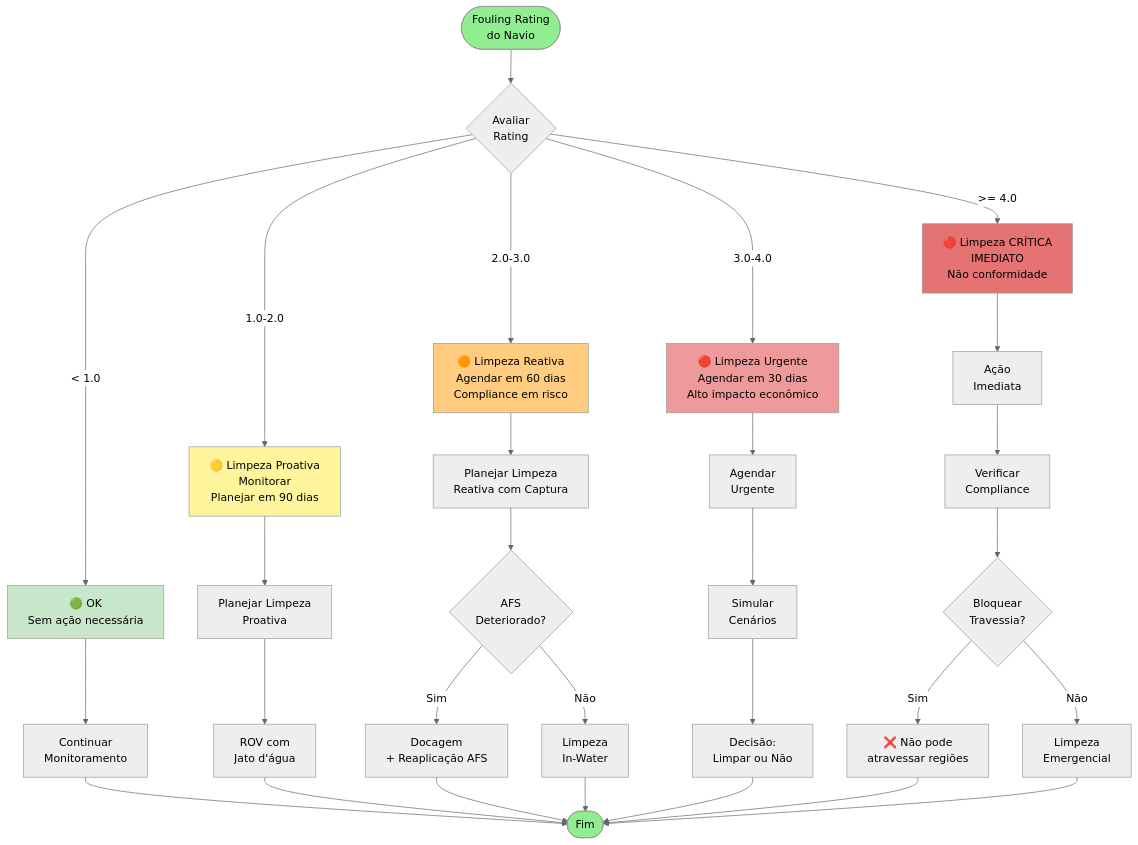
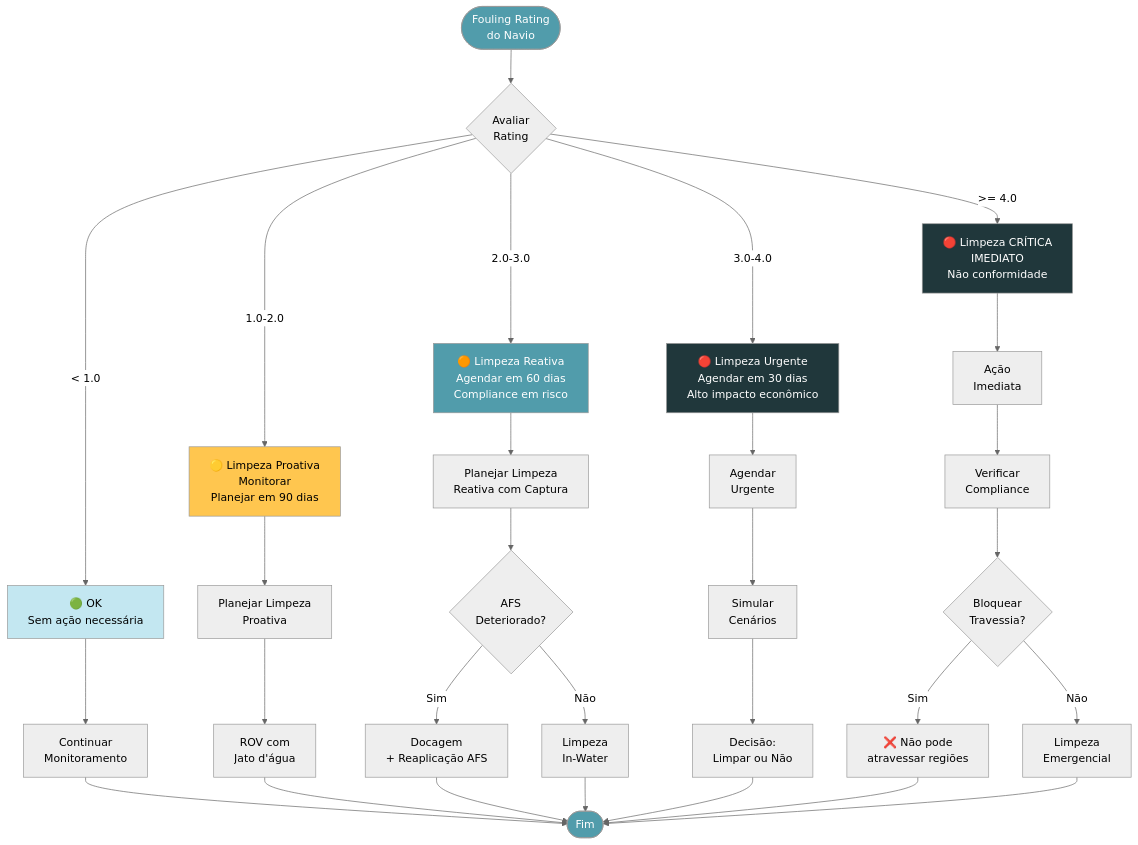
One commit to bryanjulio/nexus_transpetro changed the seventh of 9 diagrams in DIAGRAMAS.md. Above: the diagram before and after it, drawn with Mermaid (neutral theme). The commit also changed other lines of this file and 1 other file, not shown here.

Commit message:
style: Update diagram colors for improved visibility and contrast; add team member details to README

````diff
--- a/DIAGRAMAS.md
+++ b/DIAGRAMAS.md
@@ -387,46 +387,46 @@
 ```mermaid
 graph TD
     Start([Fouling Rating<br/>do Navio]) --> Check{Avaliar<br/>Rating}
 
     Check -->|< 1.0| OK[🟢 OK<br/>Sem ação necessária]
     Check -->|1.0-2.0| Proactive[🟡 Limpeza Proativa<br/>Monitorar<br/>Planejar em 90 dias]
     Check -->|2.0-3.0| Reactive[🟠 Limpeza Reativa<br/>Agendar em 60 dias<br/>Compliance em risco]
     Check -->|3.0-4.0| Urgent[🔴 Limpeza Urgente<br/>Agendar em 30 dias<br/>Alto impacto econômico]
     Check -->|>= 4.0| Critical[🔴 Limpeza CRÍTICA<br/>IMEDIATO<br/>Não conformidade]
 
     OK --> Monitor[Continuar<br/>Monitoramento]
 
     Proactive --> Plan1[Planejar Limpeza<br/>Proativa]
     Plan1 --> ROV[ROV com<br/>Jato d'água]
 
     Reactive --> Plan2[Planejar Limpeza<br/>Reativa com Captura]
     Plan2 --> Check2{AFS<br/>Deteriorado?}
     Check2 -->|Sim| Dock[Docagem<br/>+ Reaplicação AFS]
     Check2 -->|Não| InWater[Limpeza<br/>In-Water]
 
     Urgent --> Plan3[Agendar<br/>Urgente]
     Plan3 --> Simulate[Simular<br/>Cenários]
     Simulate --> Decision1[Decisão:<br/>Limpar ou Não]
 
     Critical --> Immediate[Ação<br/>Imediata]
     Immediate --> Compliance[Verificar<br/>Compliance]
     Compliance --> Block{Bloquear<br/>Travessia?}
     Block -->|Sim| NoTravel[❌ Não pode<br/>atravessar regiões]
     Block -->|Não| Emergency[Limpeza<br/>Emergencial]
 
     Monitor --> End([Fim])
     ROV --> End
     Dock --> End
     InWater --> End
     Decision1 --> End
     NoTravel --> End
     Emergency --> End
 
-    style Start fill:#90EE90
-    style OK fill:#C8E6C9
-    style Proactive fill:#FFF59D
-    style Reactive fill:#FFCC80
-    style Urgent fill:#EF9A9A
-    style Critical fill:#E57373
-    style End fill:#90EE90
+    style Start fill:#519CAB,color:#FFF
+    style OK fill:#C3E7F1,color:#000
+    style Proactive fill:#FFC64F,color:#000
+    style Reactive fill:#519CAB,color:#FFF
+    style Urgent fill:#20373B,color:#FFF
+    style Critical fill:#20373B,color:#FFF
+    style End fill:#519CAB,color:#FFF
 ```
````
